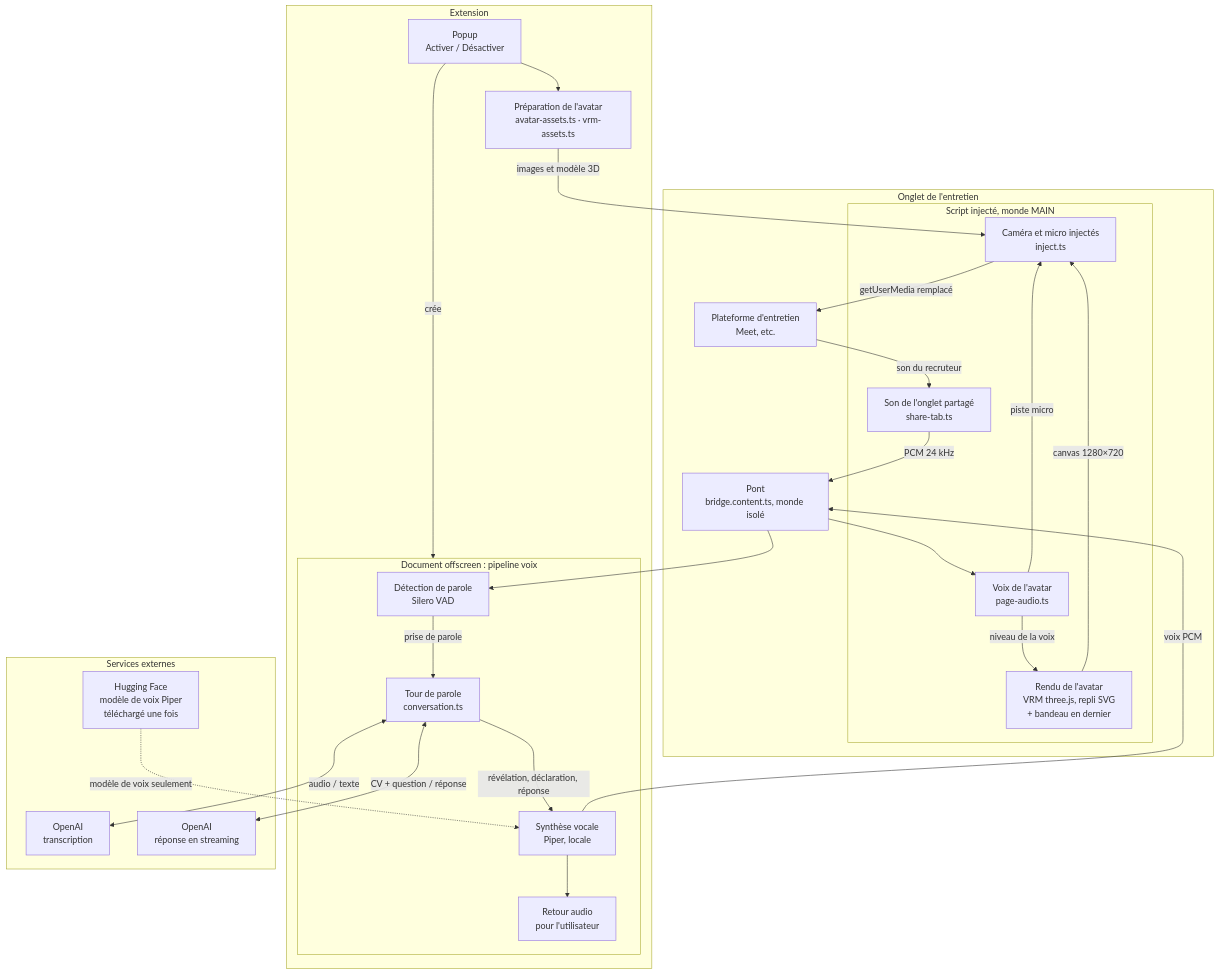
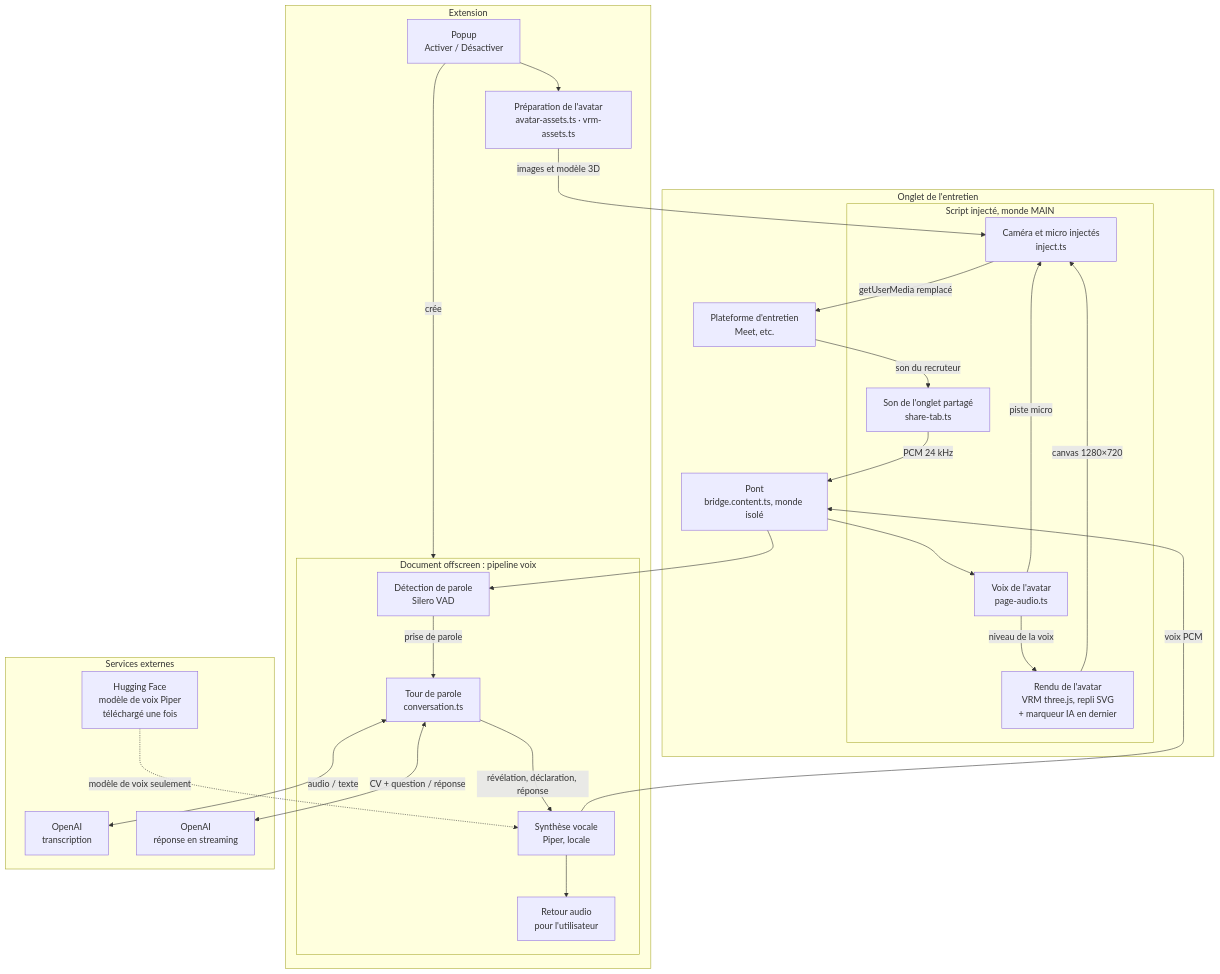
Before and after one commit to Donavan-projects/otherself: the first of 2 diagrams in docs/architecture.md, drawn with Mermaid. The commit also changed other lines of this file and 19 other files, not shown here.

Commit message:
3c : bandeau retiré (dessin, bannerText, bannerOffsetY, zone de sécurité, debugSafeZone) ; badgeText transmis par la configuration ; image de pause sans bandeau ; t-shirt du SVG de secours avec un texte fixe jusqu'à 3e ; documentation (CLAUDE.md, README, architecture, config)

````diff
--- a/docs/architecture.md
+++ b/docs/architecture.md
@@ -16,49 +16,49 @@
 ```mermaid
 flowchart TB
   subgraph EXT["Extension"]
     POPUP["Popup<br/>Activer / Désactiver"]
     PREP["Préparation de l'avatar<br/>avatar-assets.ts · vrm-assets.ts"]
     subgraph OFF["Document offscreen : pipeline voix"]
       VAD["Détection de parole<br/>Silero VAD"]
       CONV["Tour de parole<br/>conversation.ts"]
       TTS["Synthèse vocale<br/>Piper, locale"]
       MON["Retour audio<br/>pour l'utilisateur"]
     end
   end
 
   subgraph TAB["Onglet de l'entretien"]
     subgraph MAIN["Script injecté, monde MAIN"]
       SHARE["Son de l'onglet partagé<br/>share-tab.ts"]
-      RENDER["Rendu de l'avatar<br/>VRM three.js, repli SVG<br/>+ bandeau en dernier"]
+      RENDER["Rendu de l'avatar<br/>VRM three.js, repli SVG<br/>+ marqueur IA en dernier"]
       VOICE["Voix de l'avatar<br/>page-audio.ts"]
       INJ["Caméra et micro injectés<br/>inject.ts"]
     end
     BRIDGE["Pont<br/>bridge.content.ts, monde isolé"]
     PLATFORM["Plateforme d'entretien<br/>Meet, etc."]
   end
 
   subgraph CLOUD["Services externes"]
     STT["OpenAI<br/>transcription"]
     LLM["OpenAI<br/>réponse en streaming"]
     HF["Hugging Face<br/>modèle de voix Piper<br/>téléchargé une fois"]
   end
 
   POPUP --> PREP
   PREP -->|"images et modèle 3D"| INJ
   POPUP -->|"crée"| OFF
   PLATFORM -->|"son du recruteur"| SHARE
   SHARE -->|"PCM 24 kHz"| BRIDGE
   BRIDGE --> VAD
   VAD -->|"prise de parole"| CONV
   CONV <-->|"audio / texte"| STT
   CONV <-->|"CV + question / réponse"| LLM
   CONV -->|"révélation, déclaration, réponse"| TTS
   HF -.->|"modèle de voix seulement"| TTS
   TTS --> MON
   TTS -->|"voix PCM"| BRIDGE
   BRIDGE --> VOICE
   VOICE -->|"piste micro"| INJ
   VOICE -->|"niveau de la voix"| RENDER
   RENDER -->|"canvas 1280×720"| INJ
   INJ -->|"getUserMedia remplacé"| PLATFORM
 ```
````
